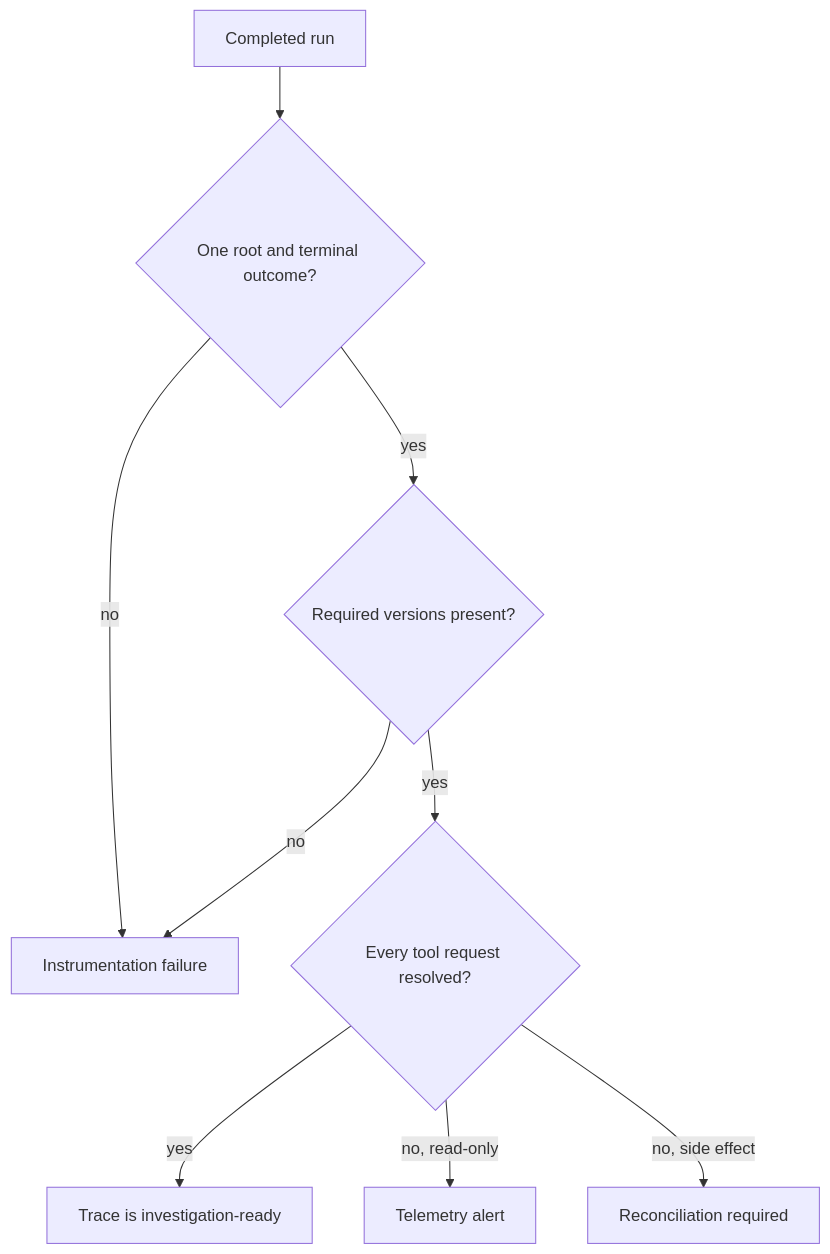
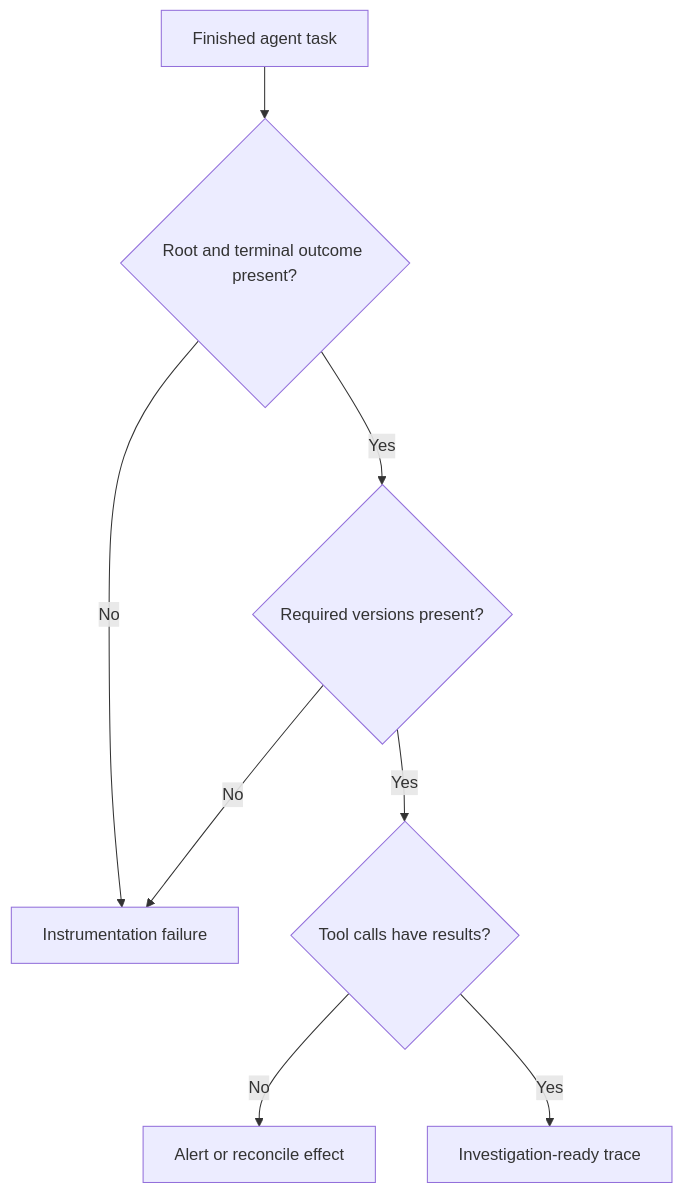
The ninth of 9 diagrams in roadmaps/mlops/modules/llmops/runtime-observability/01-agent-tracing.md (senlinyy/dev-roadmaps), drawn with Mermaid before and after one commit. The commit also changed other lines of this file and 198 other files, not shown here.

````diff
--- a/roadmaps/mlops/modules/llmops/runtime-observability/01-agent-tracing.md
+++ b/roadmaps/mlops/modules/llmops/runtime-observability/01-agent-tracing.md
@@ -183,11 +450,10 @@
 ```mermaid
 flowchart TD
-    A[Completed run] --> B{One root and terminal outcome?}
-    B -->|no| X[Instrumentation failure]
-    B -->|yes| C{Required versions present?}
-    C -->|no| X
-    C -->|yes| D{Every tool request resolved?}
-    D -->|yes| E[Trace is investigation-ready]
-    D -->|no, read-only| F[Telemetry alert]
-    D -->|no, side effect| G[Reconciliation required]
+    A["Finished agent task"] --> B{"Root and terminal outcome present?"}
+    B -->|No| F["Instrumentation failure"]
+    B -->|Yes| C{"Required versions present?"}
+    C -->|No| F
+    C -->|Yes| D{"Tool calls have results?"}
+    D -->|No| G["Alert or reconcile effect"]
+    D -->|Yes| E["Investigation-ready trace"]
 ```
````
